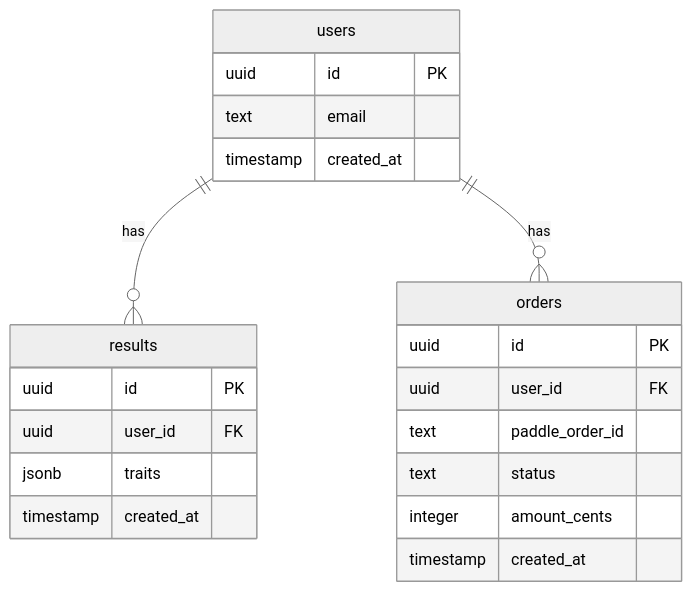
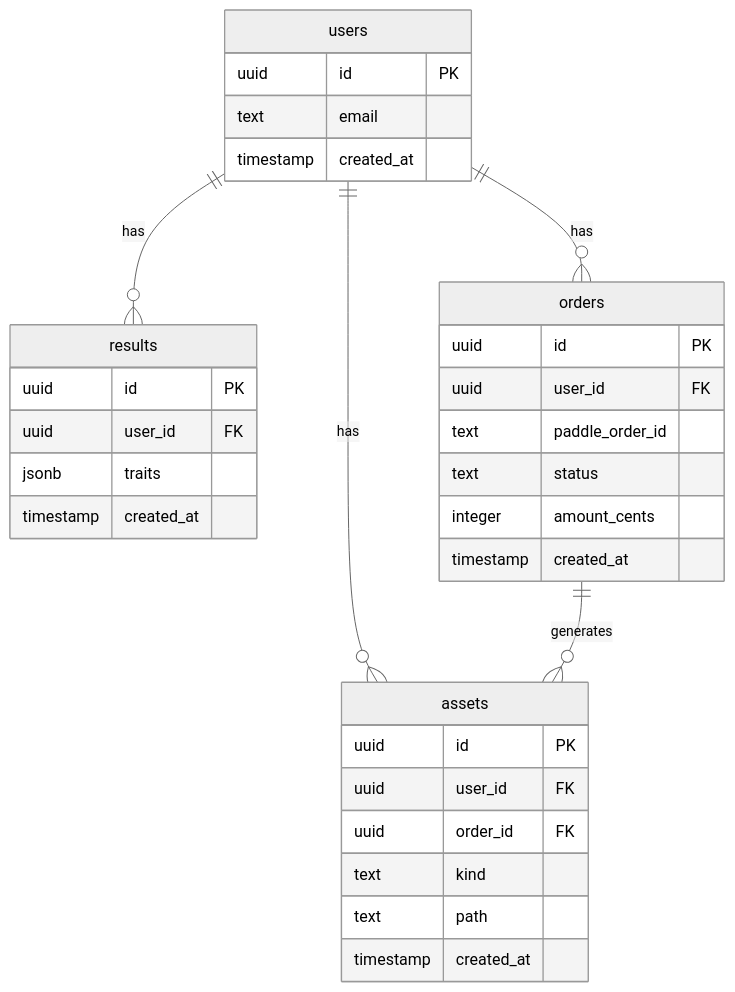
Before and after one commit to necony286/TraitHarbor: the diagram in docs/09-data-model-erd.md, drawn with Mermaid (neutral theme). The commit also changed other lines of this file and 19 other files, not shown here.

Commit message:
Step 9: Supabase schema + anonymous user linking

````diff
--- a/docs/09-data-model-erd.md
+++ b/docs/09-data-model-erd.md
@@ -3,25 +3,35 @@
 ```mermaid
 erDiagram
   users ||--o{ results : has
   users ||--o{ orders  : has
+  users ||--o{ assets  : has
+  orders ||--o{ assets : generates
 
   users {
     uuid id PK
     text email
     timestamp created_at
   }
   results {
     uuid id PK
     uuid user_id FK
     jsonb traits
     timestamp created_at
   }
   orders {
     uuid id PK
     uuid user_id FK
     text paddle_order_id
     text status
     integer amount_cents
     timestamp created_at
   }
+  assets {
+    uuid id PK
+    uuid user_id FK
+    uuid order_id FK
+    text kind
+    text path
+    timestamp created_at
+  }
 ```
````
